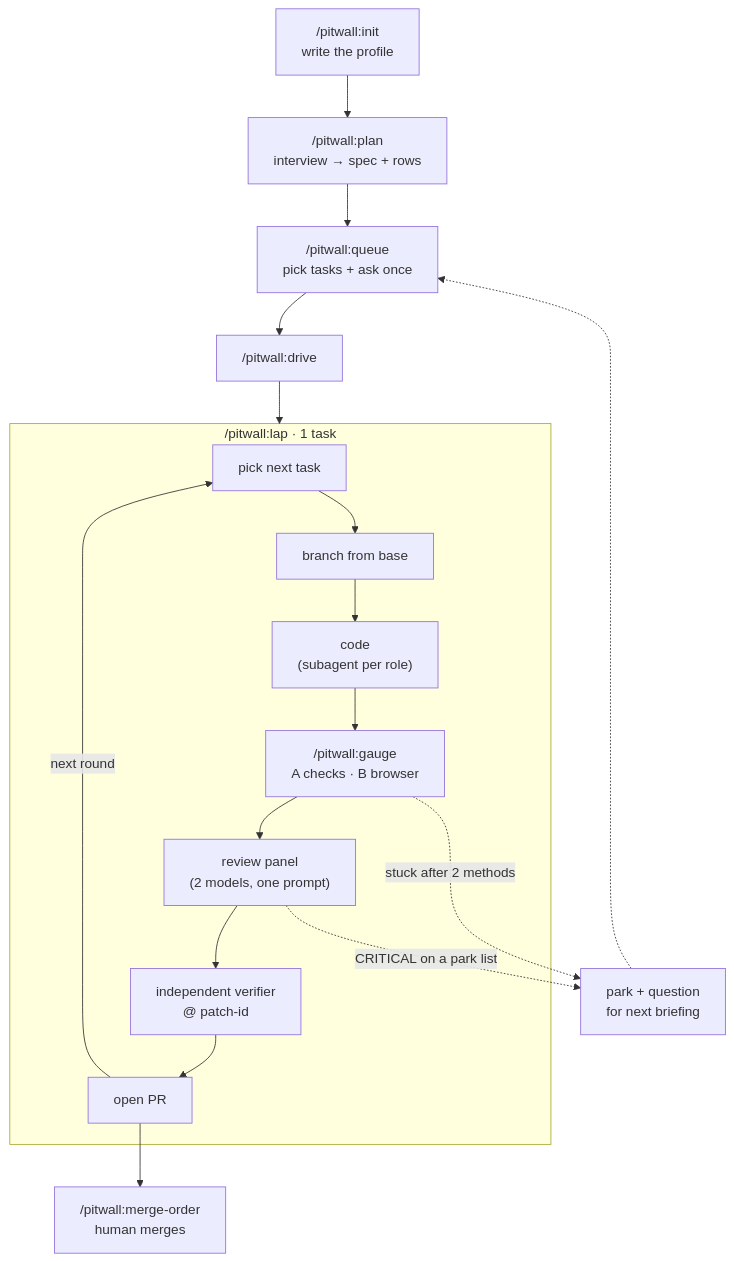
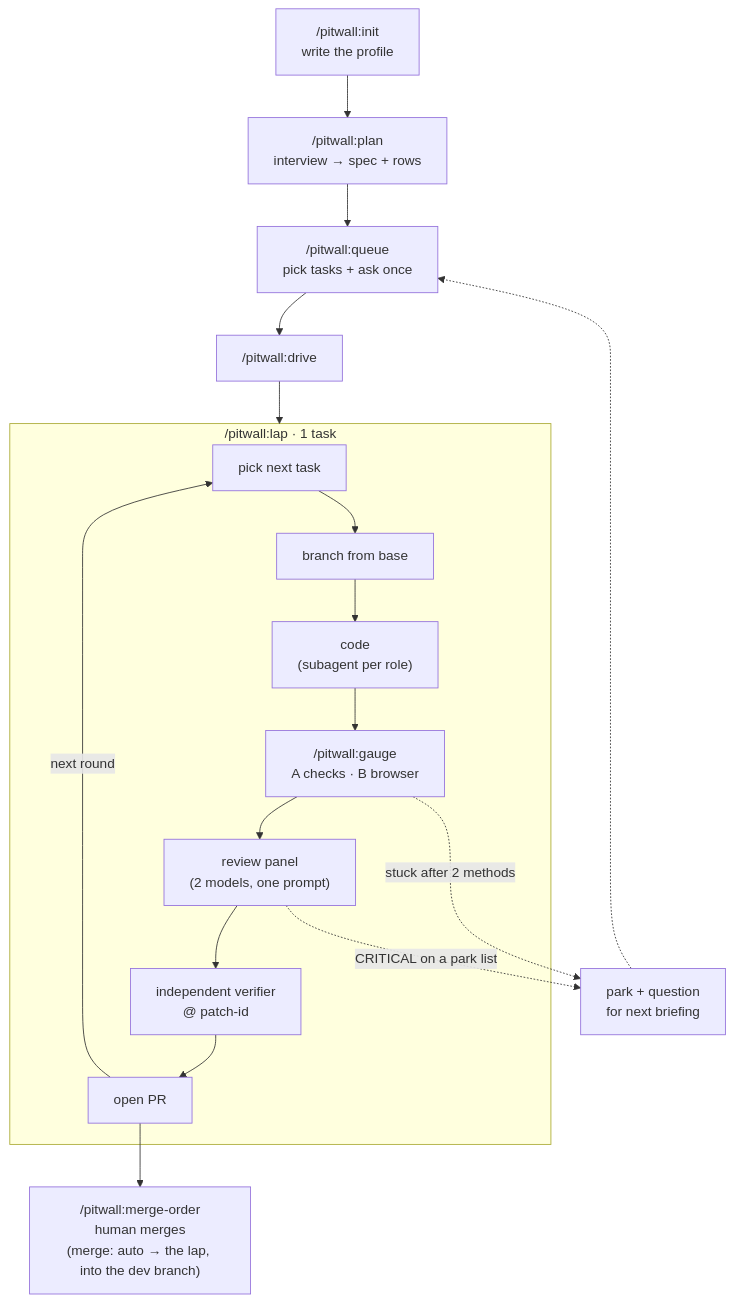
The diagram in README.md (aontwit/pitwall), drawn with Mermaid before and after one commit. The commit also changed other lines of this file and 10 other files, not shown here.

Commit message:
feat(lap): auto merge into the dev branch in the PR sync

````diff
--- a/README.md
+++ b/README.md
@@ -37,22 +37,22 @@
 ```mermaid
 flowchart TD
     init["/pitwall:init<br/>write the profile"] --> plan["/pitwall:plan<br/>interview → spec + rows"]
     plan --> queue["/pitwall:queue<br/>pick tasks + ask once"]
     queue --> drive["/pitwall:drive"]
     drive --> lap
 
     subgraph lap ["/pitwall:lap · 1 task"]
         pick["pick next task"] --> branch["branch from base"]
         branch --> code["code<br/>(subagent per role)"]
         code --> gauge["/pitwall:gauge<br/>A checks · B browser"]
         gauge --> review["review panel<br/>(2 models, one prompt)"]
         review --> verify["independent verifier<br/>@ patch-id"]
         verify --> pr["open PR"]
     end
 
     pr -->|next round| pick
     gauge -.->|stuck after 2 methods| park["park + question<br/>for next briefing"]
     review -.->|CRITICAL on a park list| park
     park -.-> queue
-    pr --> merge["/pitwall:merge-order<br/>human merges"]
+    pr --> merge["/pitwall:merge-order<br/>human merges<br/>(merge: auto → the lap, into the dev branch)"]
 ```
````
